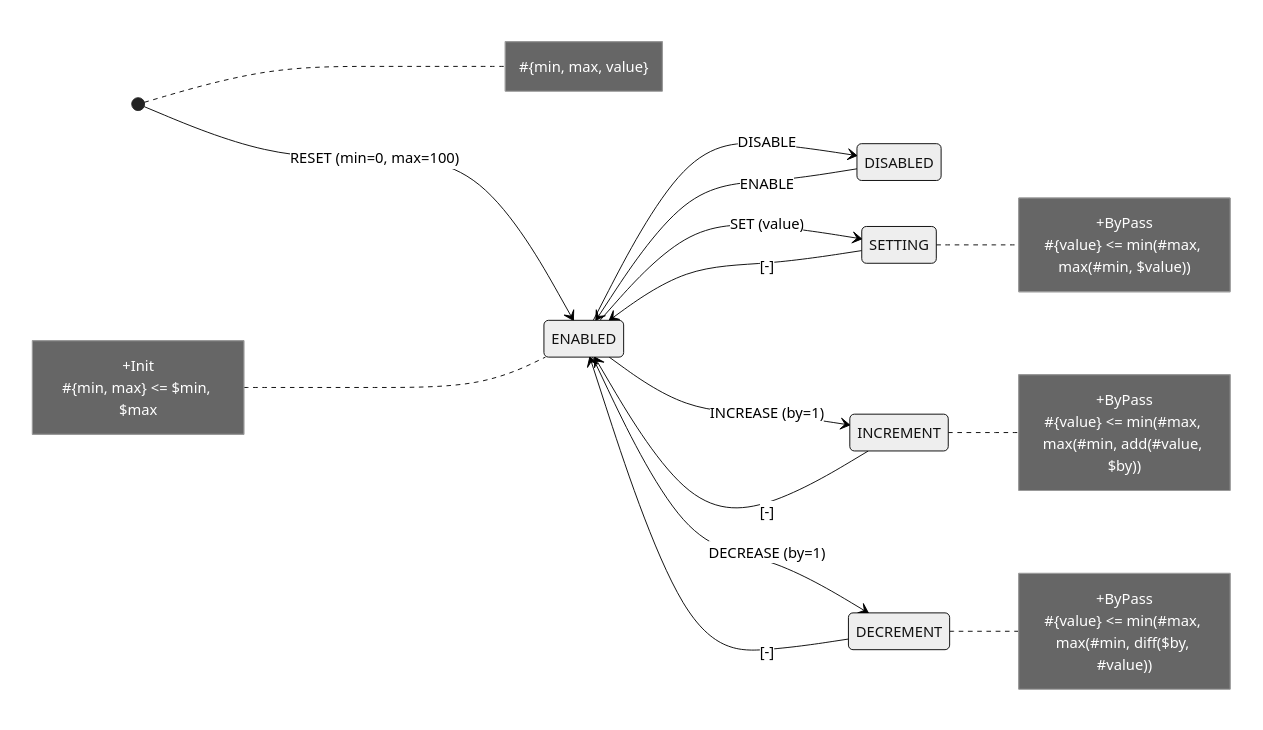
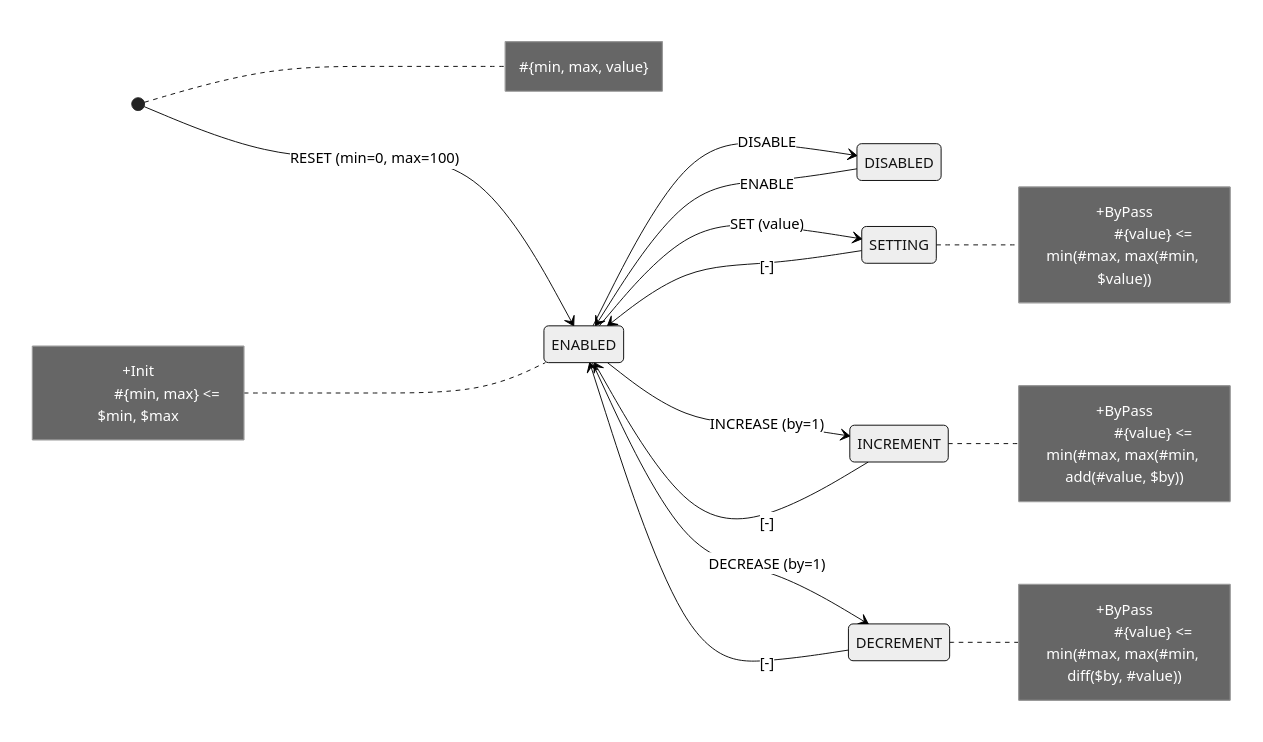
Before and after one commit to tfcp68/yantrix: diagram 11 of 12 in docs/index.md, drawn with Mermaid (neutral theme). The commit also changed other lines of this file and 2 other files, not shown here.

````diff
--- a/docs/index.md
+++ b/docs/index.md
@@ -320,32 +338,32 @@
 ```mermaid
 stateDiagram-v2
 	direction LR
 	[*] --> ENABLED: RESET (min=0, max=100)
 	ENABLED --> DISABLED: DISABLE
 	DISABLED --> ENABLED: ENABLE
 	ENABLED --> SETTING: SET (value)
 	SETTING --> ENABLED: [-]
 	ENABLED --> INCREMENT: INCREASE (by=1)
 	INCREMENT --> ENABLED: [-]
 	ENABLED --> DECREMENT: DECREASE (by=1)
 	DECREMENT --> ENABLED: [-]
+	note left of ENABLED
+		+Init
+		#{min, max} <= $min, $max
+	end note
+	note right of SETTING
+		+ByPass
+		#{value} <= min(#max, max(#min, $value))
+	end note
+	note right of INCREMENT
+		+ByPass
+		#{value} <= min(#max, max(#min, add(#value, $by))
+	end note
+	note right of DECREMENT
+		+ByPass
+		#{value} <= min(#max, max(#min, diff($by, #value))
+	end note
 note right of [*]
 #{min, max, value}
 end note
-note left of ENABLED
-+Init
-#{min, max} <= $min, $max
-end note
-note right of SETTING
-+ByPass
-#{value} <= min(#max, max(#min, $value))
-end note
-note right of INCREMENT
-+ByPass
-#{value} <= min(#max, max(#min, add(#value, $by))
-end note
-note right of DECREMENT
-+ByPass
-#{value} <= min(#max, max(#min, diff($by, #value))
-end note
 ```
````
